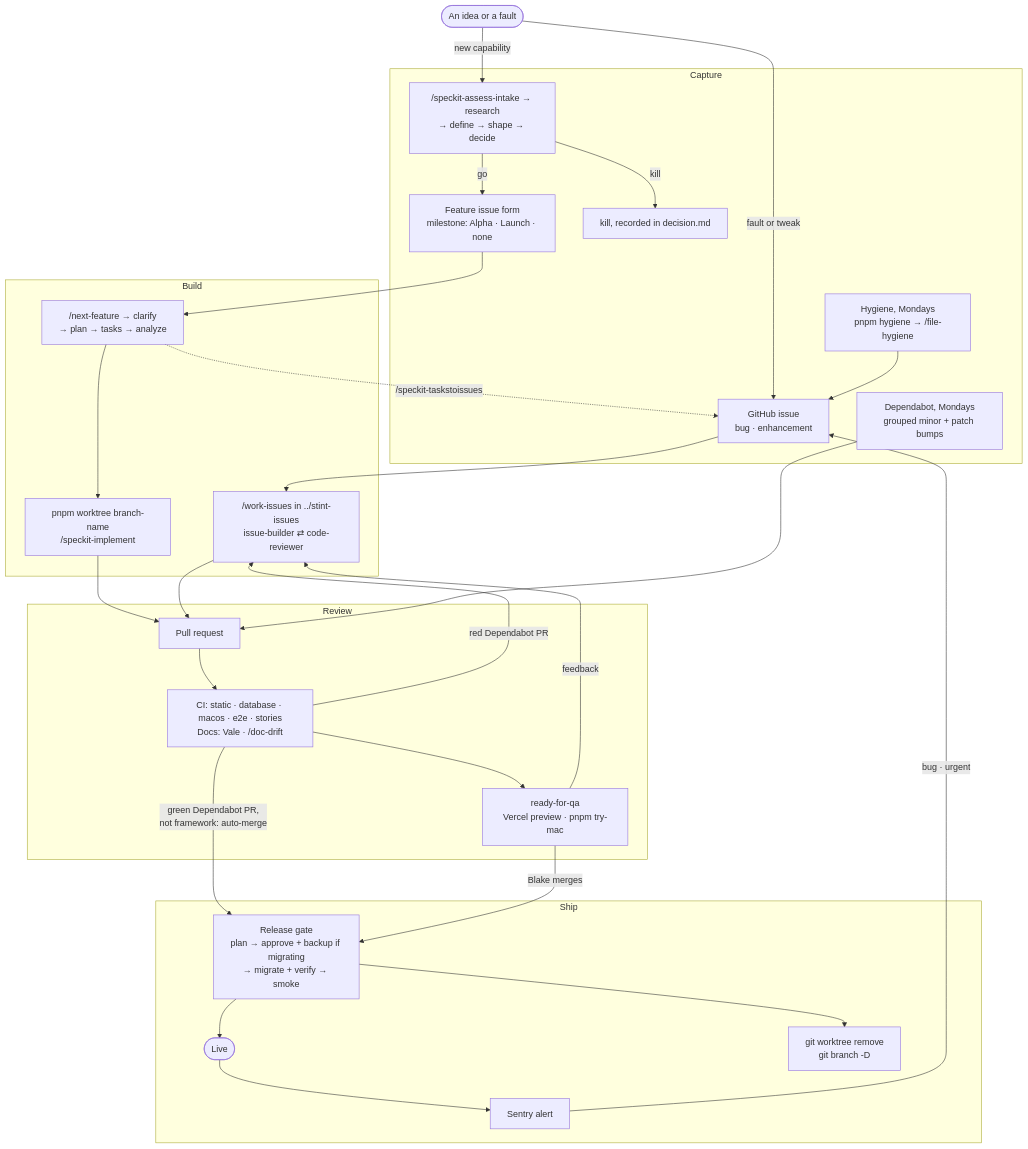
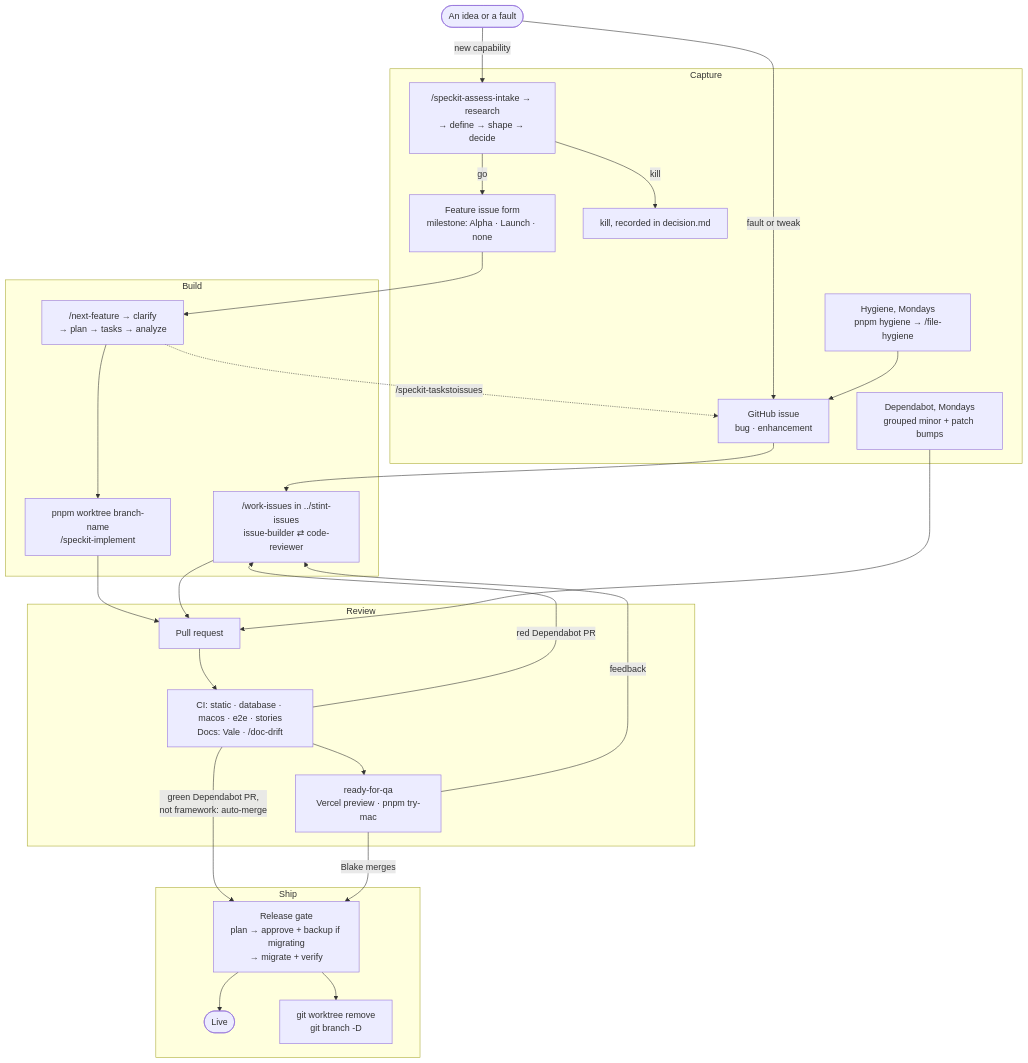
The diagram in docs/sdlc.md (BlakeEriks/stint), drawn with Mermaid before and after one commit. The commit also changed 1 other file, not shown here.

Commit message:
sdlc.md shows only the release gate that exists; the core floor is marked unbuilt

````diff
--- a/docs/sdlc.md
+++ b/docs/sdlc.md
@@ -6,53 +6,51 @@
 ```mermaid
 flowchart TD
   idea([An idea or a fault])
 
   subgraph Capture
     issue["GitHub issue<br/>bug · enhancement"]
     assess["/speckit-assess-intake → research<br/>→ define → shape → decide"]
     feature["Feature issue form<br/>milestone: Alpha · Launch · none"]
     killed["kill, recorded in decision.md"]
     hygiene["Hygiene, Mondays<br/>pnpm hygiene → /file-hygiene"]
     deps["Dependabot, Mondays<br/>grouped minor + patch bumps"]
   end
 
   subgraph Build
     spec["/next-feature → clarify<br/>→ plan → tasks → analyze"]
     impl["pnpm worktree branch-name<br/>/speckit-implement"]
     wi["/work-issues in ../stint-issues<br/>issue-builder ⇄ code-reviewer"]
   end
 
   subgraph Review
     pr["Pull request"]
     ci["CI: static · database · macos · e2e · stories<br/>Docs: Vale · /doc-drift"]
     qa["ready-for-qa<br/>Vercel preview · pnpm try-mac"]
   end
 
   subgraph Ship
-    release["Release gate<br/>plan → approve + backup if migrating<br/>→ migrate + verify → smoke"]
+    release["Release gate<br/>plan → approve + backup if migrating<br/>→ migrate + verify"]
     live([Live])
     cleanup["git worktree remove<br/>git branch -D"]
-    alert["Sentry alert"]
   end
 
   idea -->|fault or tweak| issue
   idea -->|new capability| assess
   assess -->|go| feature
   assess -->|kill| killed
   hygiene --> issue
   feature --> spec
   spec --> impl
   spec -.->|/speckit-taskstoissues| issue
   issue --> wi
   impl --> pr
   wi --> pr
   deps --> pr
   pr --> ci --> qa
   ci -->|red Dependabot PR| wi
   ci -->|green Dependabot PR,<br/>not framework: auto-merge| release
   qa -->|feedback| wi
   qa -->|Blake merges| release
   release --> live
   release --> cleanup
-  live --> alert -->|bug · urgent| issue
 ```
````
